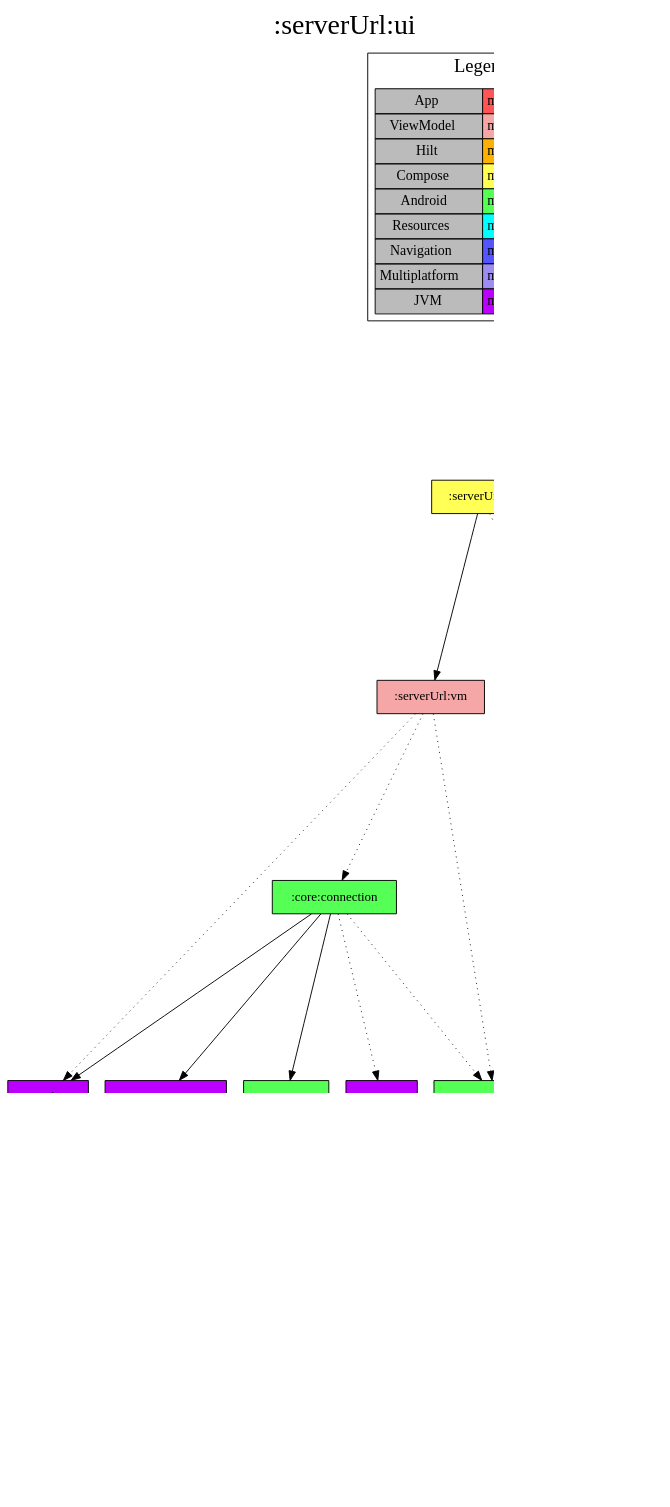
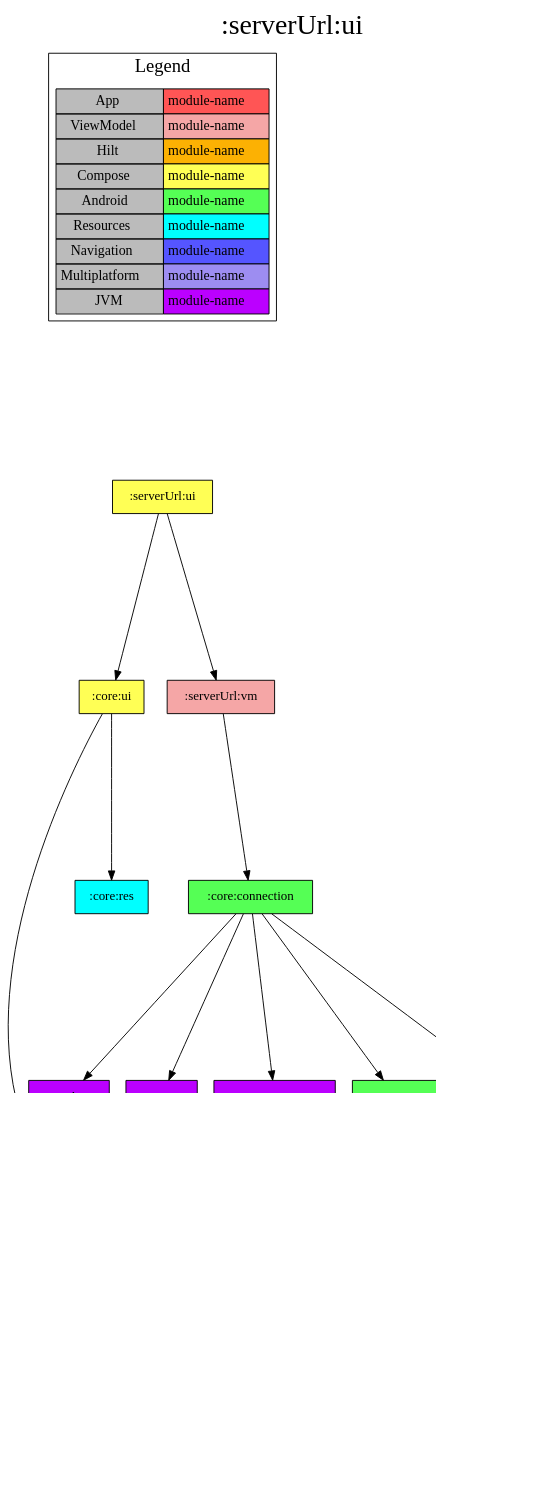
The diagram in modules/serverUrl/ui/project-dependency-graph.dot (jonapoul/aktual), drawn with Graphviz before and after one commit. The commit also changed 31 other files, not shown here.

```diff
--- a/modules/serverUrl/ui/project-dependency-graph.dot
+++ b/modules/serverUrl/ui/project-dependency-graph.dot
@@ -1,54 +1,52 @@
 digraph {
 edge ["dir"="forward"]
 graph ["dpi"="100","label"=":serverUrl:ui","labelloc"="t","fontsize"="30","ranksep"="2.5","rankdir"="TB"]
 node ["style"="filled"]
 ":serverUrl:ui" ["fillcolor"="#FFFF55","shape"="box"]
+":core:ui" ["fillcolor"="#FFFF55","shape"="box"]
+":core:model" ["fillcolor"="#BB00FF","shape"="box"]
+":core:res" ["fillcolor"="#00FFFF","shape"="box"]
 ":serverUrl:vm" ["fillcolor"="#F5A6A6","shape"="box"]
+":core:connection" ["fillcolor"="#55FF55","shape"="box"]
 ":api:client" ["fillcolor"="#BB00FF","shape"="box"]
 ":api:model" ["fillcolor"="#BB00FF","shape"="box"]
-":core:model" ["fillcolor"="#BB00FF","shape"="box"]
-":core:connection" ["fillcolor"="#55FF55","shape"="box"]
+":api:json" ["fillcolor"="#BB00FF","shape"="box"]
 ":core:coroutines" ["fillcolor"="#BB00FF","shape"="box"]
 ":core:state" ["fillcolor"="#55FF55","shape"="box"]
-":api:json" ["fillcolor"="#BB00FF","shape"="box"]
 ":serverUrl:prefs" ["fillcolor"="#55FF55","shape"="box"]
-":core:ui" ["fillcolor"="#FFFF55","shape"="box"]
-":core:res" ["fillcolor"="#00FFFF","shape"="box"]
 {
 edge ["dir"="none"]
 graph ["rank"="same"]
 }
+":serverUrl:ui" -> ":core:ui"
 ":serverUrl:ui" -> ":serverUrl:vm"
-":serverUrl:ui" -> ":core:ui" ["style"="dotted"]
-":serverUrl:vm" -> ":api:client" ["style"="dotted"]
-":serverUrl:vm" -> ":core:connection" ["style"="dotted"]
-":serverUrl:vm" -> ":serverUrl:prefs" ["style"="dotted"]
+":core:ui" -> ":core:model"
+":core:ui" -> ":core:res"
+":serverUrl:vm" -> ":core:connection"
+":core:connection" -> ":api:client"
+":core:connection" -> ":api:json"
+":core:connection" -> ":core:coroutines"
+":core:connection" -> ":core:state"
+":core:connection" -> ":serverUrl:prefs"
 ":api:client" -> ":api:model"
 ":api:model" -> ":core:model"
-":core:connection" -> ":api:client"
-":core:connection" -> ":core:coroutines"
-":core:connection" -> ":core:state"
-":core:connection" -> ":api:json" ["style"="dotted"]
-":core:connection" -> ":serverUrl:prefs" ["style"="dotted"]
 ":core:state" -> ":core:model"
 ":serverUrl:prefs" -> ":core:model"
-":core:ui" -> ":core:model"
-":core:ui" -> ":core:res"
 subgraph "cluster_legend" {
 edge ["dir"="none"]
 graph ["label"="Legend","fontsize"="20"]
 "Legend" ["style"="filled","fillcolor"="#bbbbbb","shape"="none","margin"="0","fontsize"="15","label"=<
 <TABLE BORDER="0" CELLBORDER="1" CELLSPACING="0" CELLPADDING="4">
 <TR><TD>App</TD><TD BGCOLOR="#FF5555">module-name</TD></TR>
 <TR><TD>ViewModel</TD><TD BGCOLOR="#F5A6A6">module-name</TD></TR>
 <TR><TD>Hilt</TD><TD BGCOLOR="#FCB103">module-name</TD></TR>
 <TR><TD>Compose</TD><TD BGCOLOR="#FFFF55">module-name</TD></TR>
 <TR><TD>Android</TD><TD BGCOLOR="#55FF55">module-name</TD></TR>
 <TR><TD>Resources</TD><TD BGCOLOR="#00FFFF">module-name</TD></TR>
 <TR><TD>Navigation</TD><TD BGCOLOR="#5555FF">module-name</TD></TR>
 <TR><TD>Multiplatform</TD><TD BGCOLOR="#9D8DF1">module-name</TD></TR>
 <TR><TD>JVM</TD><TD BGCOLOR="#BB00FF">module-name</TD></TR>
 </TABLE>
 >]
 } -> ":serverUrl:ui" ["style"="invis"]
 }
```
